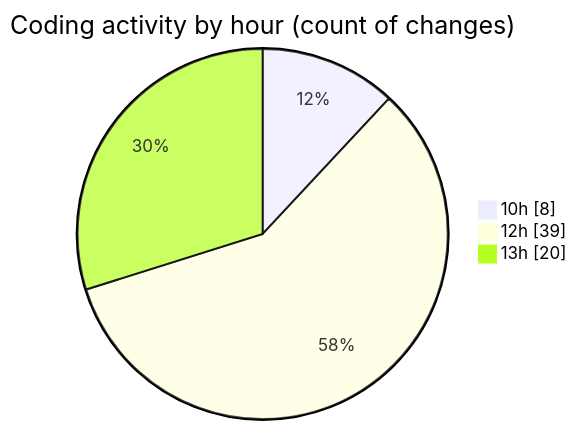
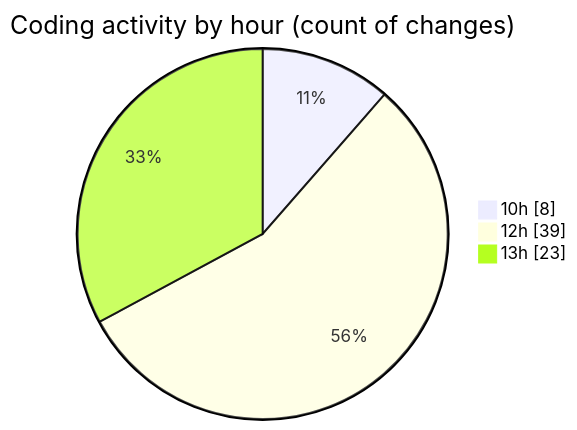
Before and after one commit to momahboobian/code-tracking: the second of 2 diagrams in 2025-05-02/cda/README.md, drawn with Mermaid. The commit also changed other lines of this file and 1 other file, not shown here.

````diff
--- a/2025-05-02/cda/README.md
+++ b/2025-05-02/cda/README.md
@@ -39,7 +39,7 @@
 ```mermaid
 pie showData
 title Coding activity by hour (count of changes)
 "10h" : 8
 "12h" : 39
-"13h" : 20
+"13h" : 23
 ```
````
